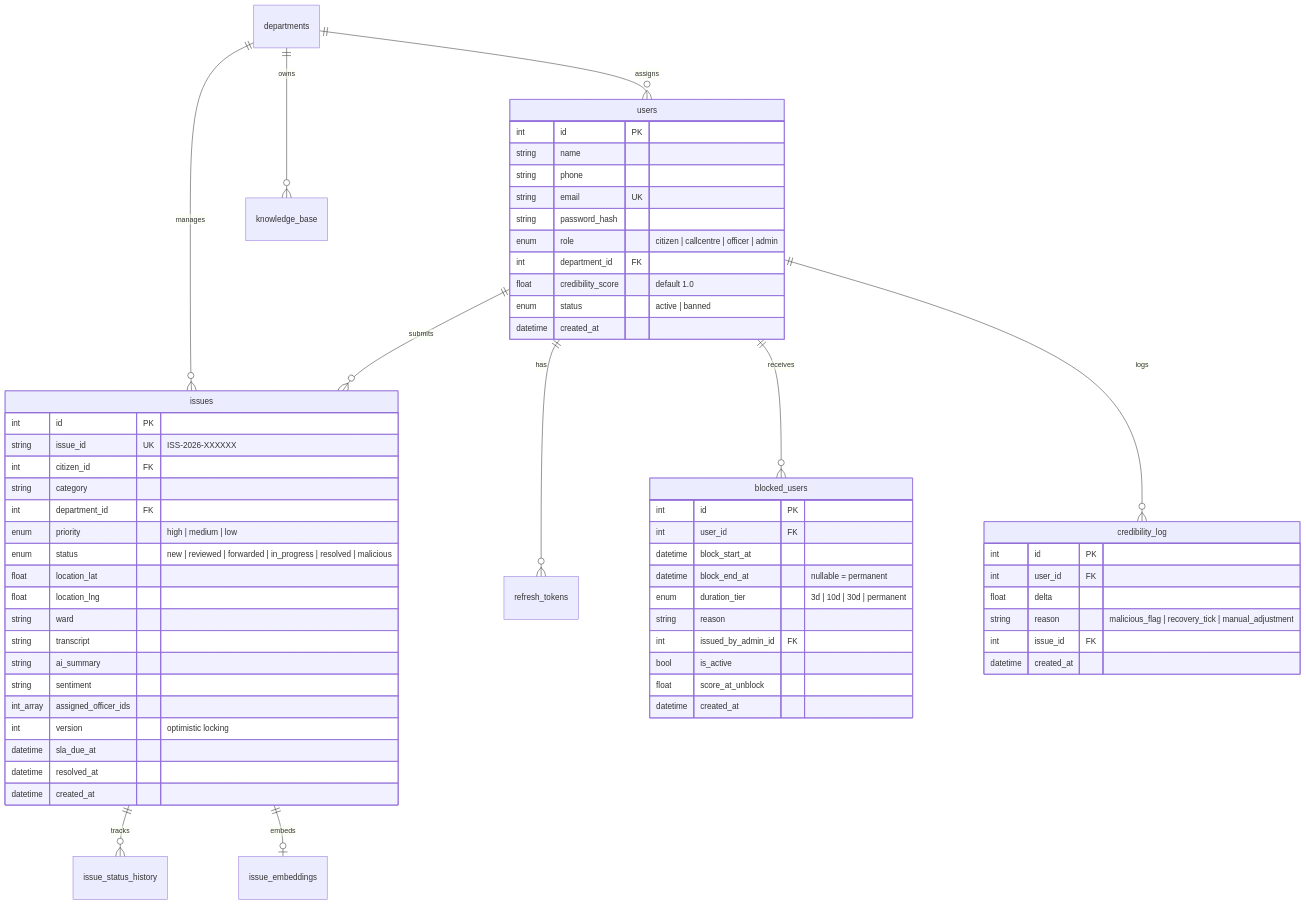
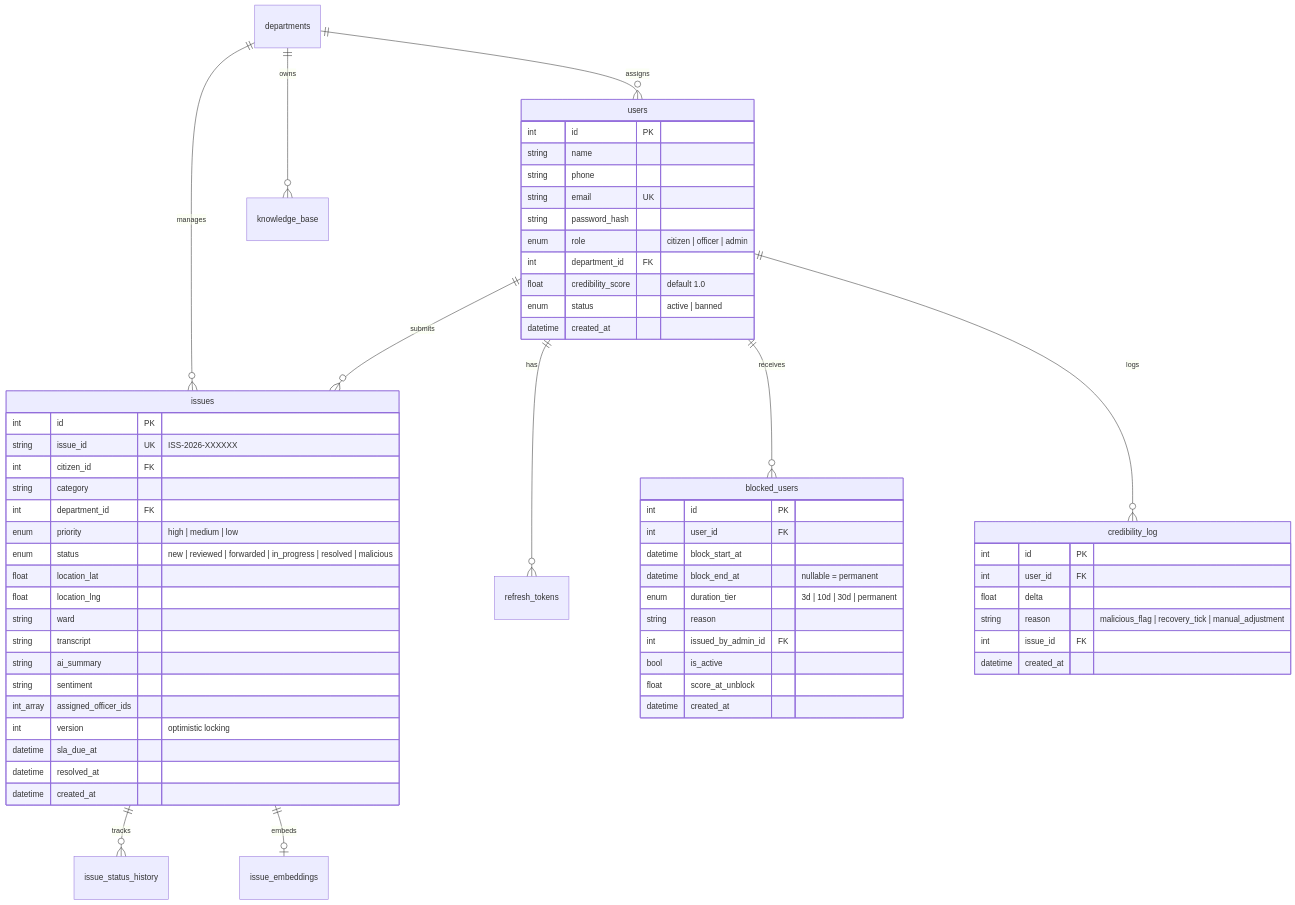
The diagram in AGENTS.md (TanveerS24/Hexaware-Mavericks), drawn with Mermaid before and after one commit. The commit also changed other lines of this file and 39 other files, not shown here.

````diff
--- a/AGENTS.md
+++ b/AGENTS.md
@@ -149,68 +139,68 @@
 ```mermaid
 erDiagram
     users ||--o{ issues : submits
     users ||--o{ refresh_tokens : has
     users ||--o{ blocked_users : receives
     users ||--o{ credibility_log : logs
     departments ||--o{ users : assigns
     departments ||--o{ issues : manages
     departments ||--o{ knowledge_base : owns
     issues ||--o{ issue_status_history : tracks
     issues ||--o| issue_embeddings : embeds
 
     users {
         int id PK
         string name
         string phone
         string email UK
         string password_hash
-        enum role "citizen | callcentre | officer | admin"
+        enum role "citizen | officer | admin"
         int department_id FK
         float credibility_score "default 1.0"
         enum status "active | banned"
         datetime created_at
     }
 
     issues {
         int id PK
         string issue_id UK "ISS-2026-XXXXXX"
         int citizen_id FK
         string category
         int department_id FK
         enum priority "high | medium | low"
         enum status "new | reviewed | forwarded | in_progress | resolved | malicious"
         float location_lat
         float location_lng
         string ward
         string transcript
         string ai_summary
         string sentiment
         int_array assigned_officer_ids
         int version "optimistic locking"
         datetime sla_due_at
         datetime resolved_at
         datetime created_at
     }
 
     blocked_users {
         int id PK
         int user_id FK
         datetime block_start_at
         datetime block_end_at "nullable = permanent"
         enum duration_tier "3d | 10d | 30d | permanent"
         string reason
         int issued_by_admin_id FK
         bool is_active
         float score_at_unblock
         datetime created_at
     }
 
     credibility_log {
         int id PK
         int user_id FK
         float delta
         string reason "malicious_flag | recovery_tick | manual_adjustment"
         int issue_id FK
         datetime created_at
     }
 ```
````
